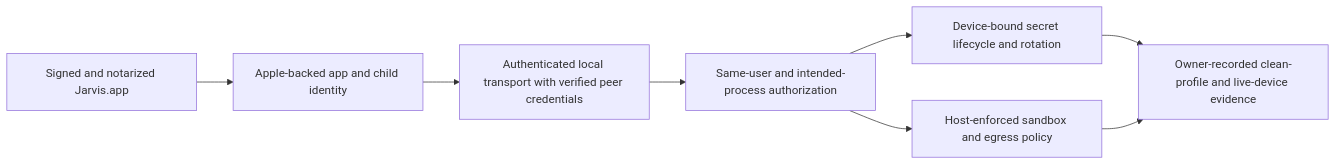
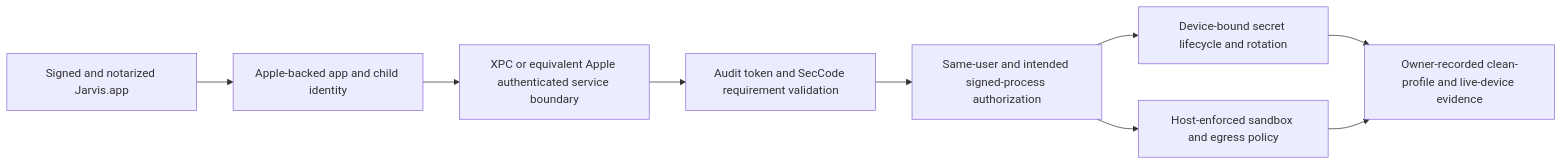
The second of 8 diagrams in docs/architecture-map.md (malak333/Assemblywright), drawn with Mermaid before and after one commit. The commit also changed other lines of this file and 17 other files, not shown here.

````diff
--- a/docs/architecture-map.md
+++ b/docs/architecture-map.md
@@ -26,10 +31,11 @@
 ```mermaid
 flowchart LR
   A["Signed and notarized Jarvis.app"] --> B["Apple-backed app and child identity"]
-  B --> T["Authenticated local transport with verified peer credentials"]
-  T --> D["Same-user and intended-process authorization"]
+  B --> X["XPC or equivalent Apple authenticated service boundary"]
+  X --> T["Audit token and SecCode requirement validation"]
+  T --> D["Same-user and intended signed-process authorization"]
   D --> K["Device-bound secret lifecycle and rotation"]
   D --> O["Host-enforced sandbox and egress policy"]
   K --> E["Owner-recorded clean-profile and live-device evidence"]
   O --> E
 ```
````
